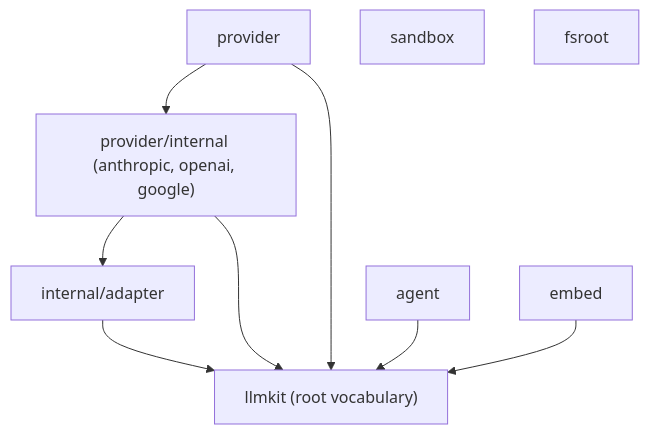
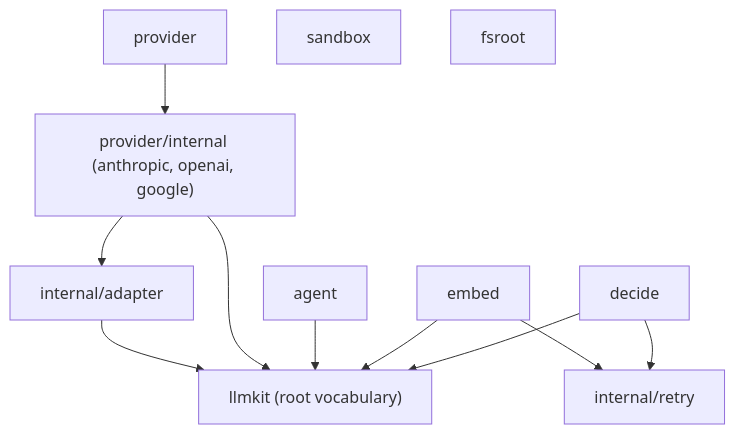
One commit to dpoage/llmkit changed the diagram in docs/design.md. Above: the diagram before and after it, drawn with Mermaid. The commit also changed other lines of this file and 8 other files, not shown here.

````diff
--- a/docs/design.md
+++ b/docs/design.md
@@ -12,13 +12,15 @@
 ```mermaid
 flowchart TD
     AGENT["agent"]
     PROV["provider"] --> ADAPTERS["provider/internal (anthropic, openai, google)"]
     ADAPTERS --> IA["internal/adapter"]
     IA --> ROOT["llmkit (root vocabulary)"]
     ADAPTERS --> ROOT
-    PROV --> ROOT
     AGENT --> ROOT
     EMBED["embed"] --> ROOT
+    DECIDE["decide"] --> ROOT
+    EMBED --> RETRY["internal/retry"]
+    DECIDE --> RETRY
     SANDBOX["sandbox"]
     FSROOT["fsroot"]
 ```
````
